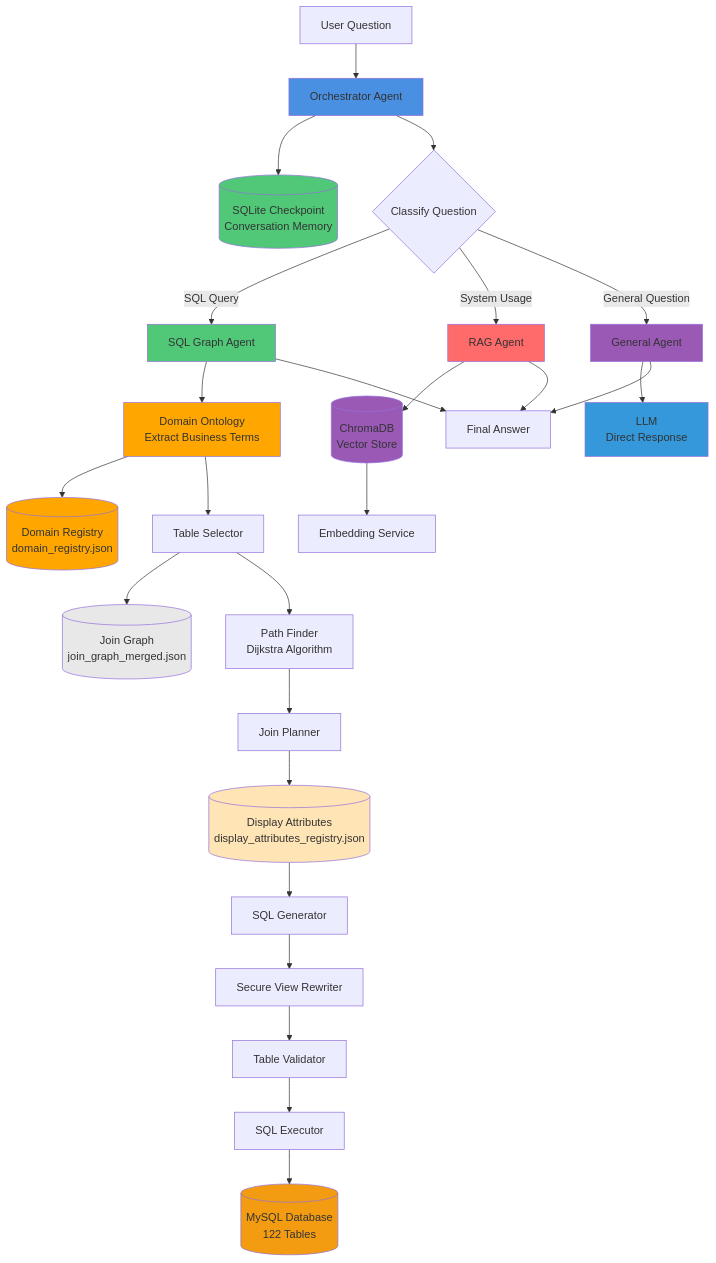
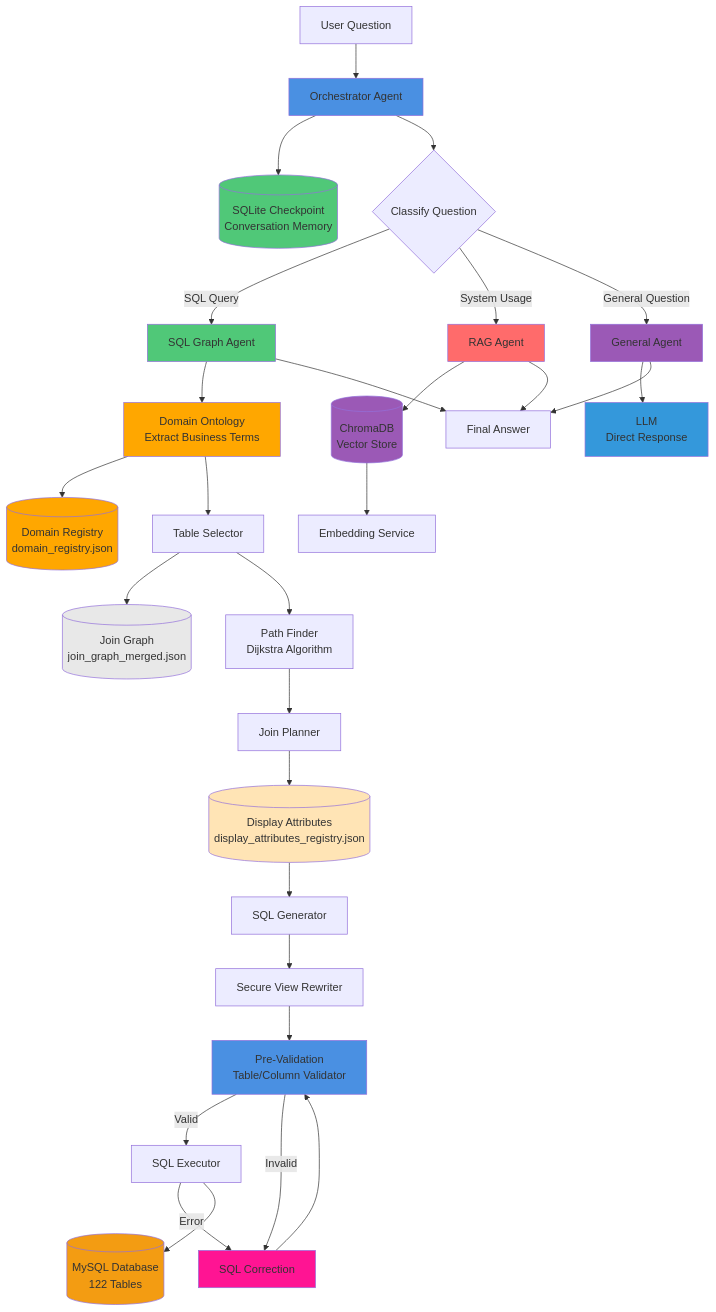
The second of 17 diagrams in docs/ARCHITECTURE.md (sandinosaso/advanced-ai-agent), drawn with Mermaid before and after one commit. The commit also changed other lines of this file and 1 other file, not shown here.

Commit message:
Update more docs with latest architecture and the OpenApi docs as well with more examples

````diff
--- a/docs/ARCHITECTURE.md
+++ b/docs/ARCHITECTURE.md
@@ -69,44 +72,49 @@
 ```mermaid
 graph TB
     User[User Question] --> Orchestrator[Orchestrator Agent]
     Orchestrator --> Checkpoint[(SQLite Checkpoint<br/>Conversation Memory)]
     Orchestrator --> Classify{Classify Question}
     Classify -->|SQL Query| SQLAgent[SQL Graph Agent]
     Classify -->|System Usage| RAGAgent[RAG Agent]
     Classify -->|General Question| GeneralAgent[General Agent]
     
     SQLAgent --> DomainOntology[Domain Ontology<br/>Extract Business Terms]
     DomainOntology --> DomainRegistry[(Domain Registry<br/>domain_registry.json)]
     DomainOntology --> TableSelector[Table Selector]
     TableSelector --> JoinGraph[(Join Graph<br/>join_graph_merged.json)]
     TableSelector --> PathFinder[Path Finder<br/>Dijkstra Algorithm]
     PathFinder --> JoinPlanner[Join Planner]
     JoinPlanner --> DisplayAttrs[(Display Attributes<br/>display_attributes_registry.json)]
     DisplayAttrs --> SQLGen[SQL Generator]
     SQLGen --> SecureRewrite[Secure View Rewriter]
-    SecureRewrite --> Validator[Table Validator]
-    Validator --> Executor[SQL Executor]
+    SecureRewrite --> Validator[Pre-Validation<br/>Table/Column Validator]
+    Validator -->|Valid| Executor[SQL Executor]
+    Validator -->|Invalid| Correction[SQL Correction]
+    Correction --> Validator
+    Executor -->|Error| Correction
     Executor --> MySQL[(MySQL Database<br/>122 Tables)]
     
     RAGAgent --> VectorStore[(ChromaDB<br/>Vector Store)]
     VectorStore --> Embeddings[Embedding Service]
     
     GeneralAgent --> LLM[LLM<br/>Direct Response]
     
     SQLAgent --> Result[Final Answer]
     RAGAgent --> Result
     GeneralAgent --> Result
     
     style Orchestrator fill:#4A90E2
     style SQLAgent fill:#50C878
     style RAGAgent fill:#FF6B6B
     style GeneralAgent fill:#9B59B6
     style MySQL fill:#F39C12
     style VectorStore fill:#9B59B6
     style LLM fill:#3498DB
     style Checkpoint fill:#50C878
     style DomainOntology fill:#FFA700
     style DomainRegistry fill:#FFA700
     style JoinGraph fill:#E8E8E8
     style DisplayAttrs fill:#FFE4B5
+    style Validator fill:#4A90E2
+    style Correction fill:#FF1493
 ```
````
